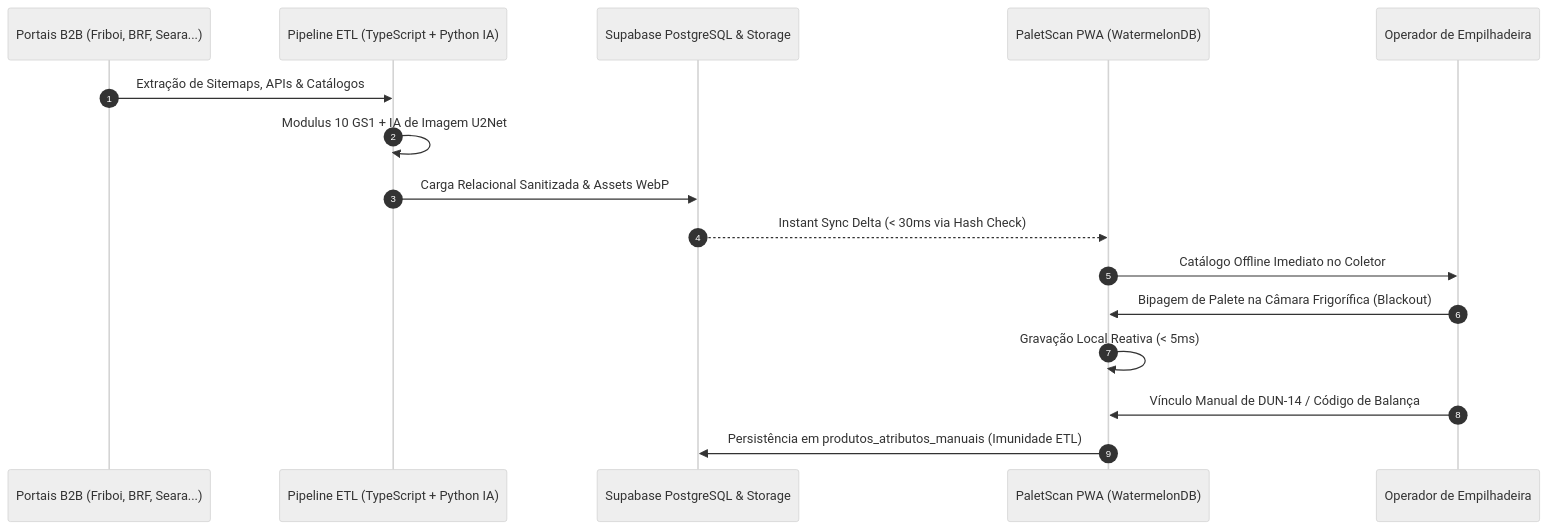
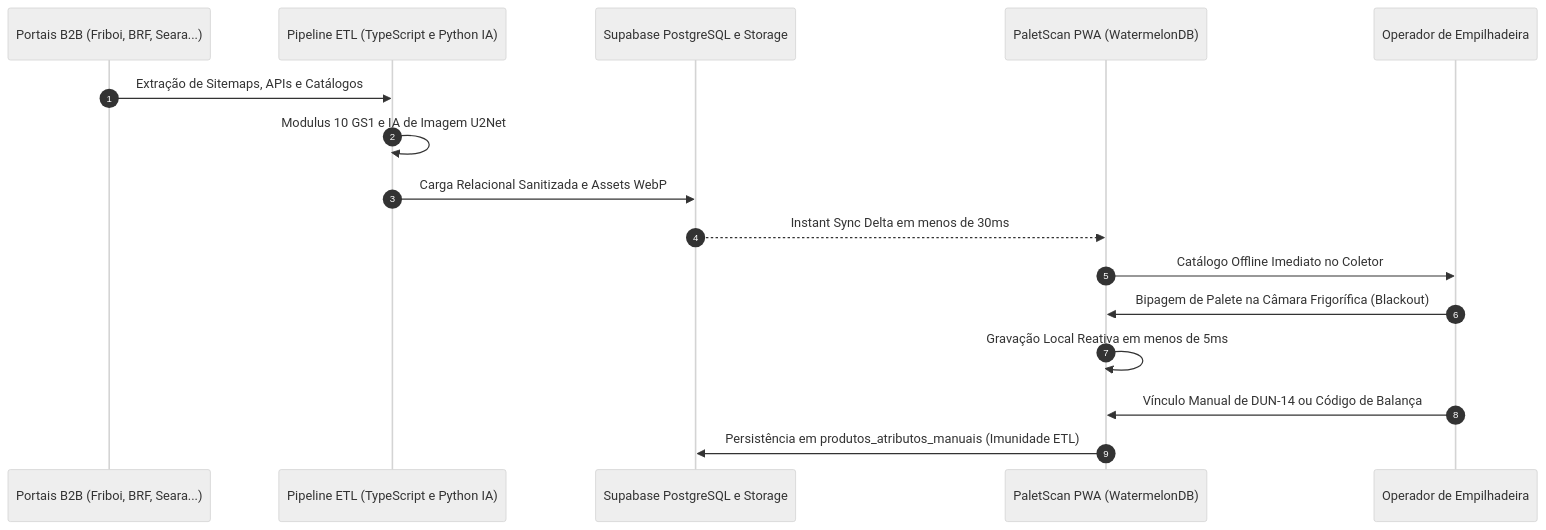
Before and after one commit to NaejBarbosa/paletscan-etl: the second of 2 diagrams in docs/index.md, drawn with Mermaid (neutral theme). The commit also changed other lines of this file and 1 other file, not shown here.

Commit message:
fix(docs): isolar conexoes externas de subgrafos para eliminar erro de sintaxe no Mermaid

````diff
--- a/docs/index.md
+++ b/docs/index.md
@@ -66,19 +74,19 @@
 ```mermaid
 sequenceDiagram
     autonumber
     participant Fornecedor as Portais B2B (Friboi, BRF, Seara...)
-    participant ETL as Pipeline ETL (TypeScript + Python IA)
-    participant Cloud as Supabase PostgreSQL & Storage
+    participant ETL as Pipeline ETL (TypeScript e Python IA)
+    participant Cloud as Supabase PostgreSQL e Storage
     participant PWA as PaletScan PWA (WatermelonDB)
     participant Operador as Operador de Empilhadeira
 
-    Fornecedor->>ETL: Extração de Sitemaps, APIs & Catálogos
-    ETL->>ETL: Modulus 10 GS1 + IA de Imagem U2Net
-    ETL->>Cloud: Carga Relacional Sanitizada & Assets WebP
-    Cloud-->>PWA: Instant Sync Delta (< 30ms via Hash Check)
+    Fornecedor->>ETL: Extração de Sitemaps, APIs e Catálogos
+    ETL->>ETL: Modulus 10 GS1 e IA de Imagem U2Net
+    ETL->>Cloud: Carga Relacional Sanitizada e Assets WebP
+    Cloud-->>PWA: Instant Sync Delta em menos de 30ms
     PWA->>Operador: Catálogo Offline Imediato no Coletor
     Operador->>PWA: Bipagem de Palete na Câmara Frigorífica (Blackout)
-    PWA->>PWA: Gravação Local Reativa (< 5ms)
-    Operador->>PWA: Vínculo Manual de DUN-14 / Código de Balança
+    PWA->>PWA: Gravação Local Reativa em menos de 5ms
+    Operador->>PWA: Vínculo Manual de DUN-14 ou Código de Balança
     PWA->>Cloud: Persistência em produtos_atributos_manuais (Imunidade ETL)
 ```
````
